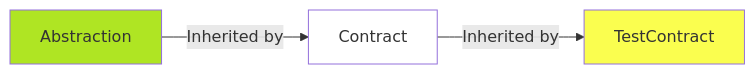
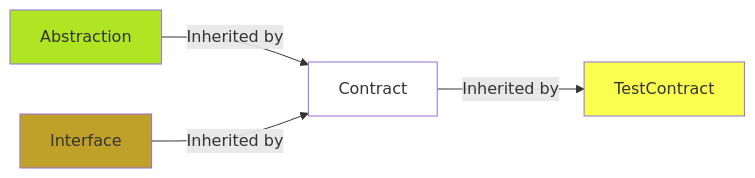
The second of 2 diagrams in packages/nitro-protocol/contracts/inheritance-graph.md (statechannels/statechannels), drawn with Mermaid before and after one commit. The commit also changed other lines of this file and 2 other files, not shown here.

Commit message:
INitroAdjuciator abstract -> Adjudicator Interface

````diff
--- a/packages/nitro-protocol/contracts/inheritance-graph.md
+++ b/packages/nitro-protocol/contracts/inheritance-graph.md
@@ -29,13 +30,15 @@
 ```mermaid
 graph LR
 linkStyle default interpolate basis
 Abstraction-->|Inherited by| Contract
 Contract-->|Inherited by| TestContract
+Interface-->|Inherited by| Contract
 classDef Contract fill:#ffffff;
 classDef Abstraction fill:#afe523;
 classDef TestContract fill:#fafe4f;
+classDef Interface fill:#bfa129;
 class Abstraction Abstraction;
 class Contract Contract;
 class TestContract TestContract;
-
+class Interface Interface;
 ```
````
